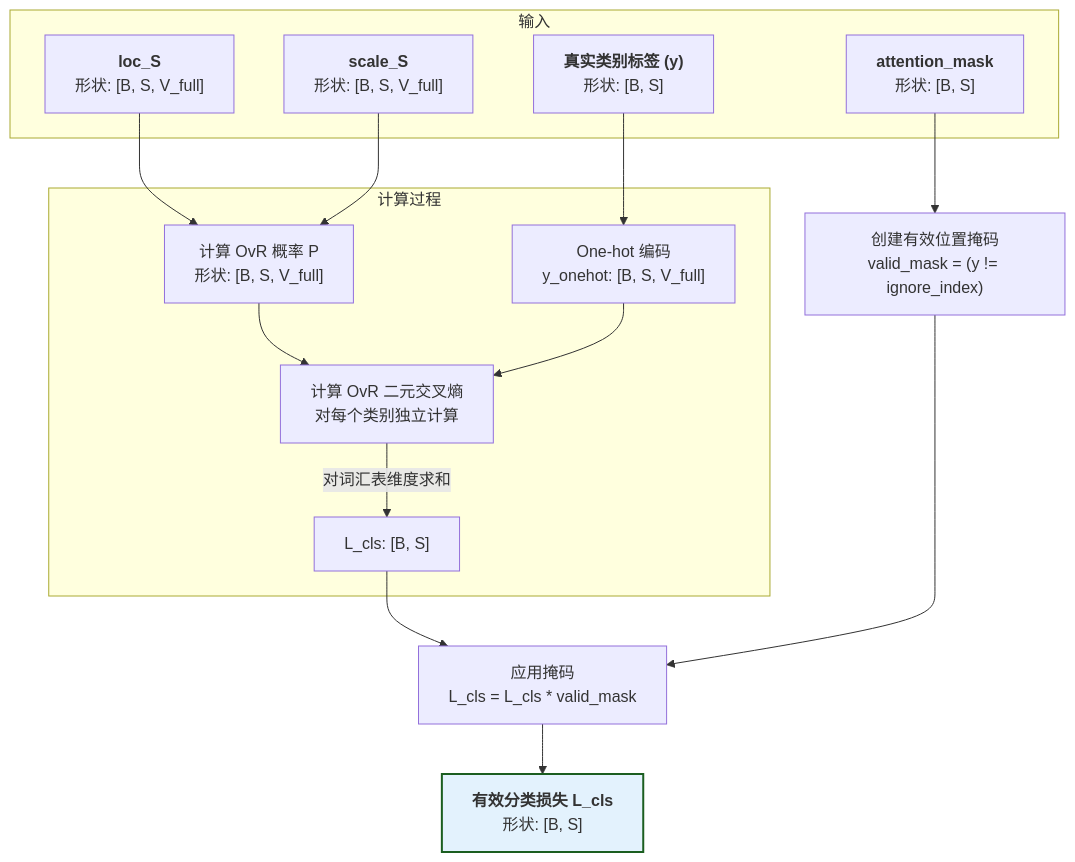
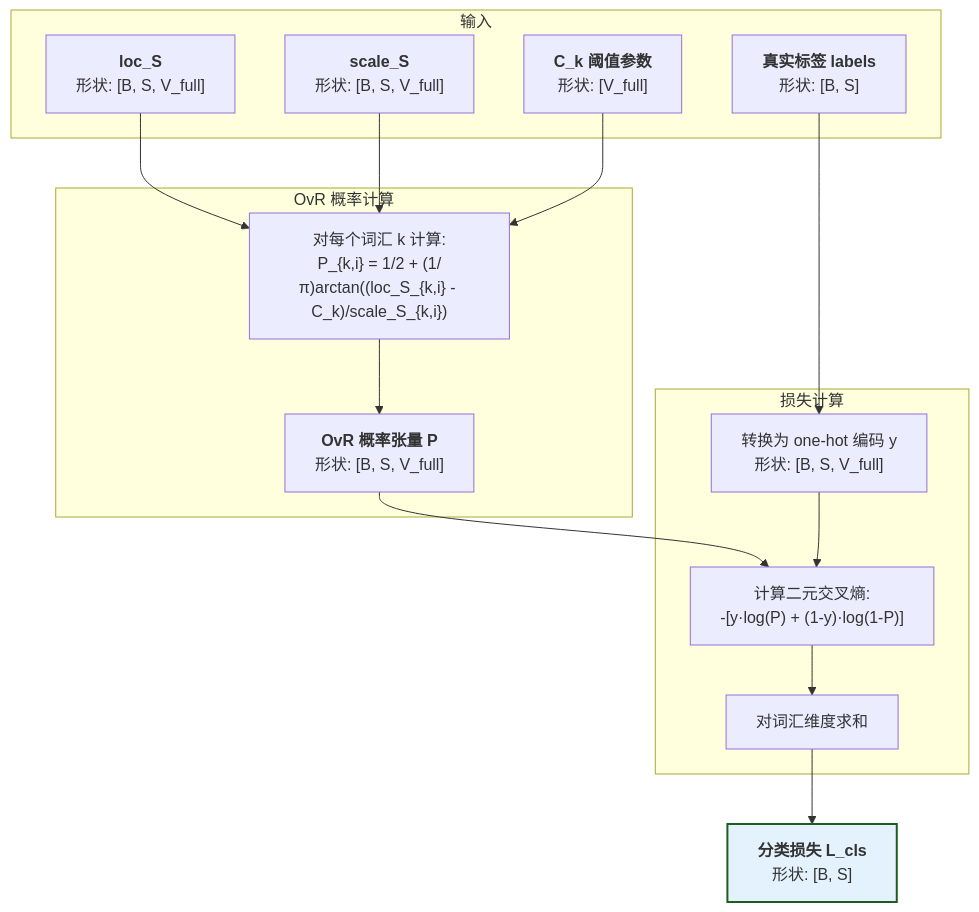
One commit to 1587causalai/CausalQwen changed the third of 5 diagrams in docs/math_deep_dive/01_forward_pass.md. Above: the diagram before and after it, drawn with Mermaid. The commit also changed other lines of this file and 2 other files, not shown here.

````diff
--- a/docs/math_deep_dive/01_forward_pass.md
+++ b/docs/math_deep_dive/01_forward_pass.md
@@ -231,23 +238,24 @@
 ```mermaid
 graph TD
     subgraph "输入"
         A["<b>loc_S</b><br>形状: [B, S, V_full]"]
         B["<b>scale_S</b><br>形状: [B, S, V_full]"]
-        C["<b>真实类别标签 (y)</b><br>形状: [B, S]"]
-        D["<b>attention_mask</b><br>形状: [B, S]"]
+        C["<b>C_k 阈值参数</b><br>形状: [V_full]"]
+        D["<b>真实标签 labels</b><br>形状: [B, S]"]
     end
 
-    D --> E["创建有效位置掩码<br>valid_mask = (y != ignore_index)"]
-    
-    subgraph "计算过程"
-        A & B --> F["计算 OvR 概率 P<br>形状: [B, S, V_full]"]
-        C --> G["One-hot 编码<br>y_onehot: [B, S, V_full]"]
-        F & G --> H["计算 OvR 二元交叉熵<br>对每个类别独立计算"]
-        H -- "对词汇表维度求和" --> I["L_cls: [B, S]"]
+    subgraph "OvR 概率计算"
+        A & B & C --> E["对每个词汇 k 计算:<br>P_{k,i} = 1/2 + (1/π)arctan((loc_S_{k,i} - C_k)/scale_S_{k,i})"]
+        E --> F["<b>OvR 概率张量 P</b><br>形状: [B, S, V_full]"]
     end
     
-    I & E --> J["应用掩码<br>L_cls = L_cls * valid_mask"]
-    J --> K["<b>有效分类损失 L_cls</b><br>形状: [B, S]"]
+    subgraph "损失计算"
+        D --> G["转换为 one-hot 编码 y<br>形状: [B, S, V_full]"]
+        F & G --> H["计算二元交叉熵:<br>-[y·log(P) + (1-y)·log(1-P)]"]
+        H --> I["对词汇维度求和"]
+    end
+
+    I --> J["<b>分类损失 L_cls</b><br>形状: [B, S]"]
     
-    style K fill:#e3f2fd,stroke:#1b5e20,stroke-width:2px
+    style J fill:#e3f2fd,stroke:#1b5e20,stroke-width:2px
 ```
````
